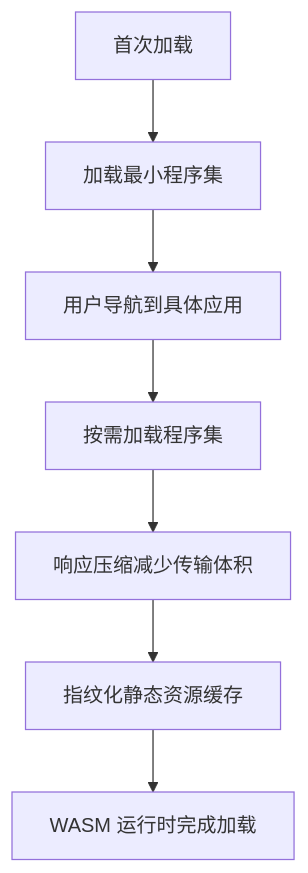
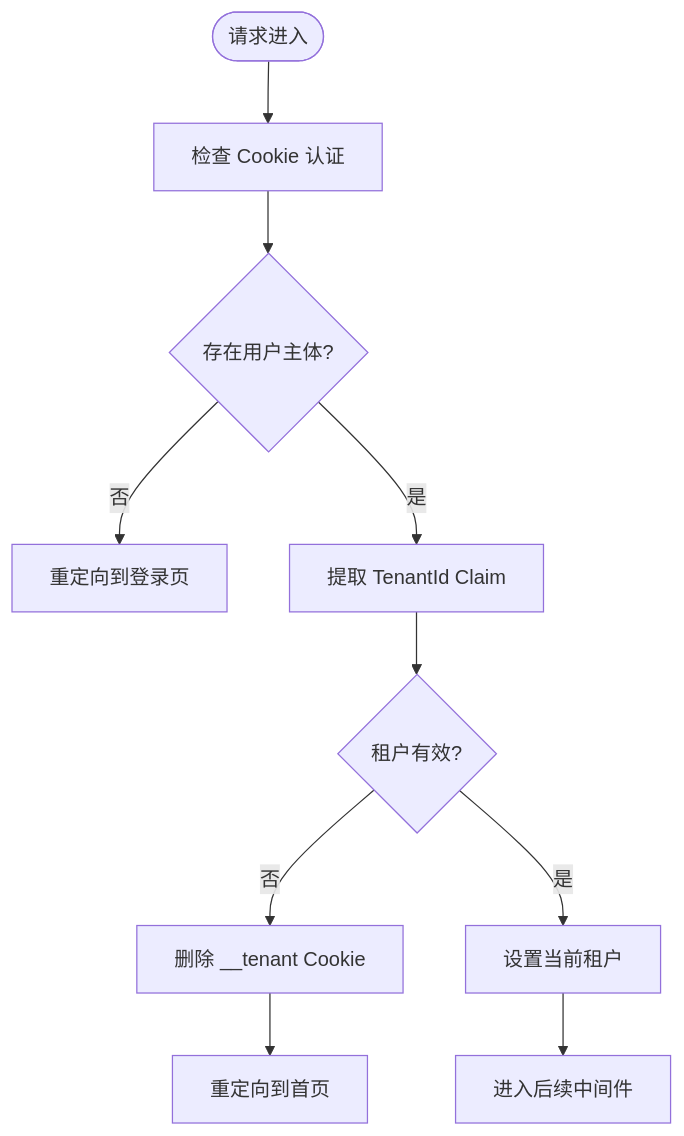
Before and after one commit to openlowcodelab/lowcode: the fourth of 7 diagrams in .qoder/repowiki/zh/content/架构设计/整体架构概览.md, drawn with Mermaid. The commit also changed other lines of this file and 223 other files, not shown here.

````diff
--- a/.qoder/repowiki/zh/content/架构设计/整体架构概览.md
+++ b/.qoder/repowiki/zh/content/架构设计/整体架构概览.md
@@ -448,9 +227,12 @@
 ```mermaid
 flowchart TD
-    FirstLoad["首次加载"] --> SmallBundle["加载最小程序集"]
-    SmallBundle --> Route["用户导航到具体应用"]
-    Route --> LazyLoad["按需加载程序集"]
-    LazyLoad --> Compress["响应压缩减少传输体积"]
-    Compress --> Cache["指纹化静态资源缓存"]
-    Cache --> Runtime["WASM 运行时完成加载"]
+    Start(["请求进入"]) --> CheckAuth["检查 Cookie 认证"]
+    CheckAuth --> HasPrincipal{"存在用户主体?"}
+    HasPrincipal -->|否| RedirectLogin["重定向到登录页"]
+    HasPrincipal -->|是| ExtractTenant["提取 TenantId Claim"]
+    ExtractTenant --> ValidTenant{"租户有效?"}
+    ValidTenant -->|否| CleanTenantCookie["删除 __tenant Cookie"]
+    CleanTenantCookie --> RedirectHome["重定向到首页"]
+    ValidTenant -->|是| SetCurrentTenant["设置当前租户"]
+    SetCurrentTenant --> NextMiddleware["进入后续中间件"]
 ```
````
